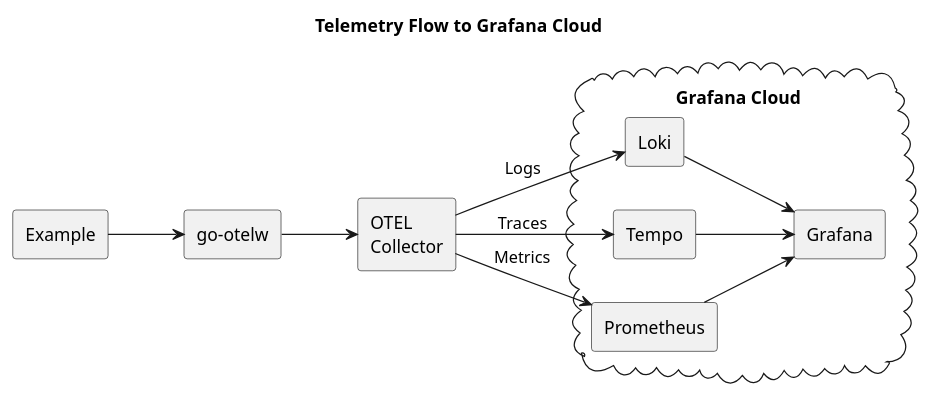
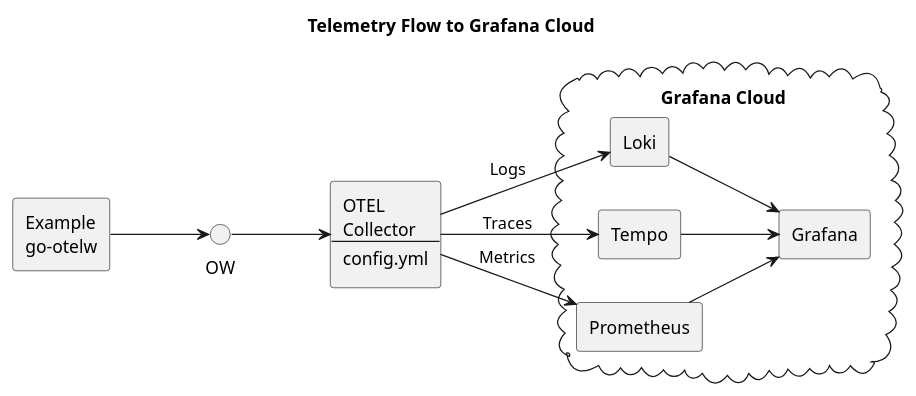
The diagram in docs/diagrams/grafana-cloud.puml (yolkhovyy/go-otelw), drawn with PlantUML before and after one commit. The commit also changed 28 other files, not shown here.

Commit message:
Update docs and diagrams

```diff
--- a/docs/diagrams/grafana-cloud.puml
+++ b/docs/diagrams/grafana-cloud.puml
@@ -1,24 +1,24 @@
 @startuml grafana-cloud
 title Telemetry Flow to Grafana Cloud
 left to right direction
 
-agent Example as EX
-agent "OTEL\nCollector" as OC
-agent "go-otelw" as OW
+agent "Example\ngo-otelw" as EX
+agent "OTEL\nCollector\n----\nconfig.yml" as OC
+
 cloud "Grafana Cloud" {
     agent Loki
     agent Tempo
     agent Prometheus
     agent Grafana
 }
 
 EX --> OW
 OW --> OC
 OC --> Loki: "Logs"
 OC --> Tempo: "Traces"
 OC --> Prometheus: "Metrics"
 Loki --> Grafana
 Tempo --> Grafana
 Prometheus --> Grafana
 
 @enduml
```
